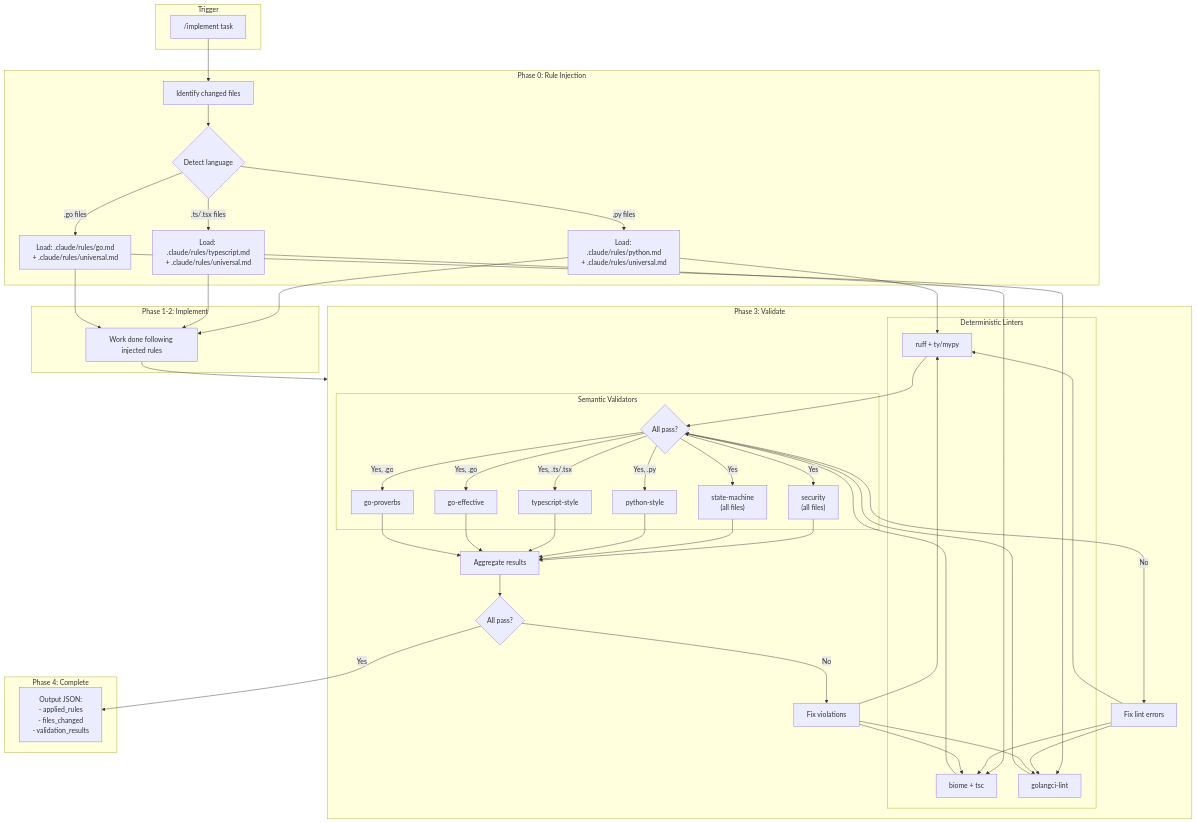
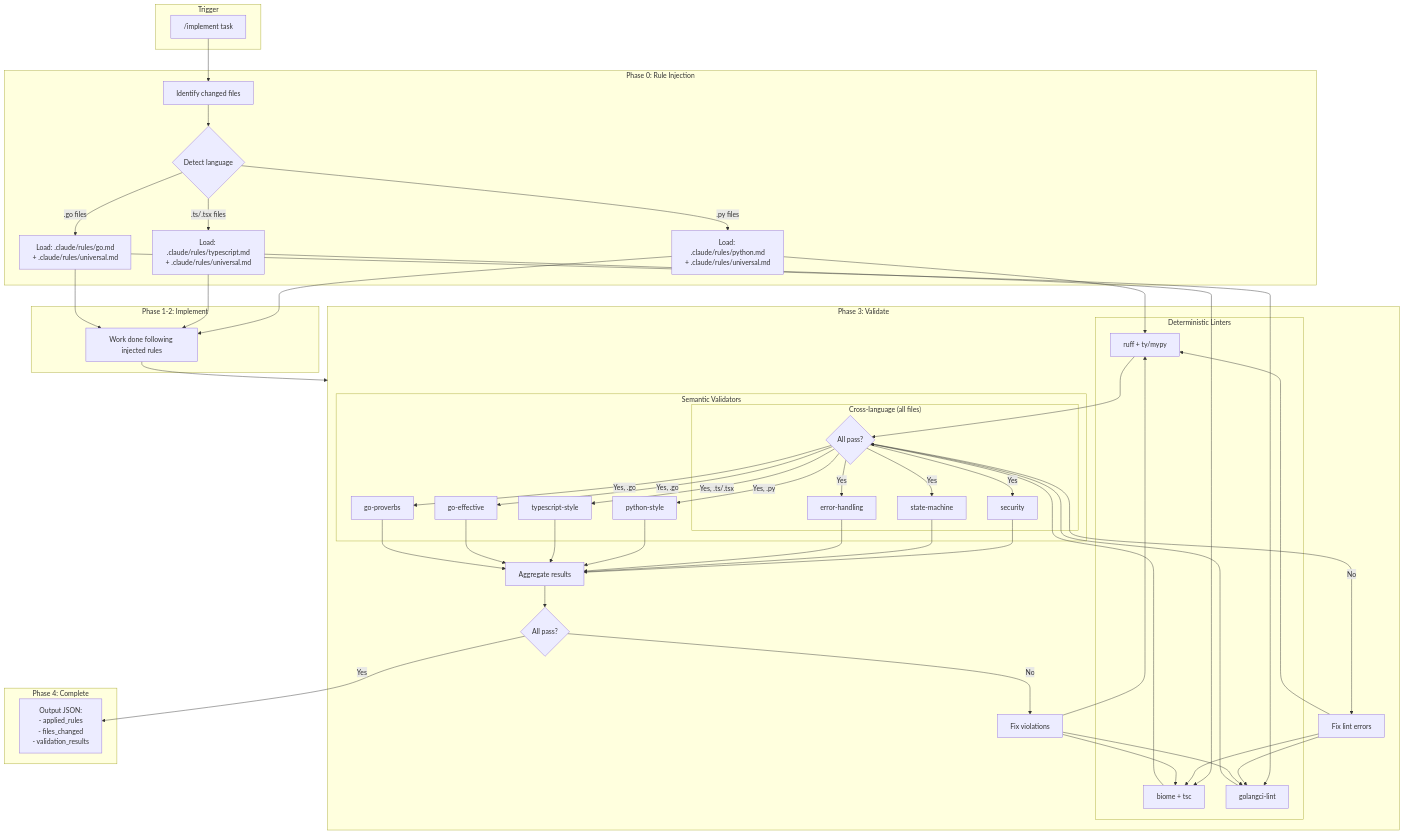
The second of 7 diagrams in ARCHITECTURE.md (peteski22/agent-pragma), drawn with Mermaid before and after one commit. The commit also changed other lines of this file and 12 other files, not shown here.

First line of the commit message:
Add error-handling cross-language validator (#108)

````diff
--- a/ARCHITECTURE.md
+++ b/ARCHITECTURE.md
@@ -157,54 +159,57 @@
 ```mermaid
 flowchart TB
     subgraph Trigger["Trigger"]
         Start["/implement task"]
     end
 
     subgraph Phase0["Phase 0: Rule Injection"]
         P0[Identify changed files]
         P0 --> DetectLang{Detect language}
 
         DetectLang -->|.py files| PyRules["Load: .claude/rules/python.md<br/>+ .claude/rules/universal.md"]
         DetectLang -->|.ts/.tsx files| TSRules["Load: .claude/rules/typescript.md<br/>+ .claude/rules/universal.md"]
         DetectLang -->|.go files| GoRules["Load: .claude/rules/go.md<br/>+ .claude/rules/universal.md"]
     end
 
     subgraph Phase12["Phase 1-2: Implement"]
         Impl[Work done following injected rules]
     end
 
     subgraph Phase3["Phase 3: Validate"]
         subgraph DetChecks["Deterministic Linters"]
             PyRules --> PyLint["ruff + ty/mypy"]
             TSRules --> TSLint["biome + tsc"]
             GoRules --> GoLint["golangci-lint"]
         end
 
         PyLint & TSLint & GoLint --> LintPass{All pass?}
         LintPass -->|No| FixLint[Fix lint errors]
         FixLint --> PyLint & TSLint & GoLint
 
         subgraph SemVal["Semantic Validators"]
-            LintPass -->|Yes| SecVal["security<br/>(all files)"]
-            LintPass -->|Yes| StmVal["state-machine<br/>(all files)"]
+            subgraph CrossLang["Cross-language (all files)"]
+                LintPass -->|Yes| SecVal["security"]
+                LintPass -->|Yes| StmVal["state-machine"]
+                LintPass -->|Yes| ErrVal["error-handling"]
+            end
 
             LintPass -->|Yes, .py| PyStyle["python-style"]
             LintPass -->|Yes, .ts/.tsx| TSStyle["typescript-style"]
             LintPass -->|Yes, .go| GoEff["go-effective"]
             LintPass -->|Yes, .go| GoProv["go-proverbs"]
         end
 
-        SecVal & StmVal & PyStyle & TSStyle & GoEff & GoProv --> Agg[Aggregate results]
+        SecVal & StmVal & ErrVal & PyStyle & TSStyle & GoEff & GoProv --> Agg[Aggregate results]
         Agg --> ValPass{All pass?}
         ValPass -->|No| FixViol[Fix violations]
         FixViol --> PyLint & TSLint & GoLint
     end
 
     subgraph Phase4["Phase 4: Complete"]
         ValPass -->|Yes| Output["Output JSON:<br/>- applied_rules<br/>- files_changed<br/>- validation_results"]
     end
 
     Start --> P0
     PyRules & TSRules & GoRules --> Impl
     Impl --> Phase3
 ```
````
